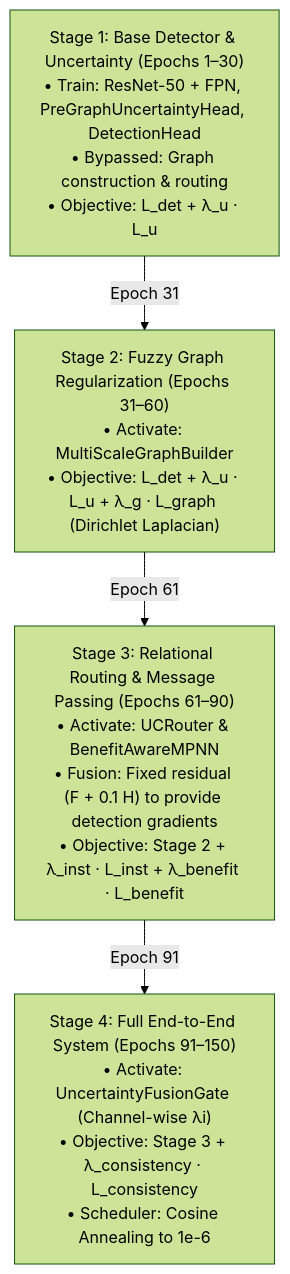
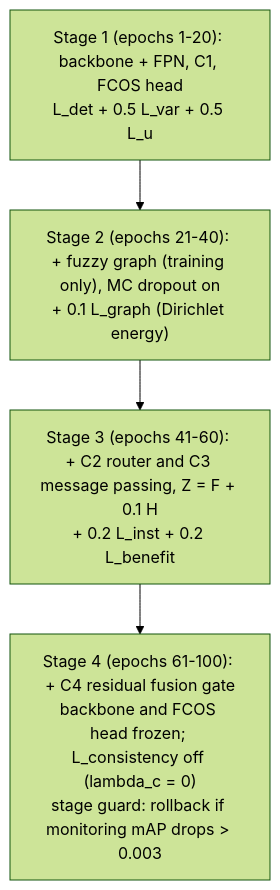
The third of 3 diagrams in README.md (rahulmahasetha/UCR-MFG--Advance-Object-Detection), drawn with Mermaid (forest theme) before and after one commit. The commit also changed other lines of this file and 29 other files, not shown here.

First line of the commit message:
refactor: streamline for VisDrone and UAVDT, add notebooks and architecture generator

````diff
--- a/README.md
+++ b/README.md
@@ -136,11 +89,8 @@
 ```mermaid
 flowchart TD
-    S1["Stage 1: Base Detector & Uncertainty (Epochs 1–30)\n• Train: ResNet-50 + FPN, PreGraphUncertaintyHead, DetectionHead\n• Bypassed: Graph construction & routing\n• Objective: L_det + λ_u · L_u"]
-    S2["Stage 2: Fuzzy Graph Regularization (Epochs 31–60)\n• Activate: MultiScaleGraphBuilder\n• Objective: L_det + λ_u · L_u + λ_g · L_graph (Dirichlet Laplacian)"]
-    S3["Stage 3: Relational Routing & Message Passing (Epochs 61–90)\n• Activate: UCRouter & BenefitAwareMPNN\n• Fusion: Fixed residual (F + 0.1 H) to provide detection gradients\n• Objective: Stage 2 + λ_inst · L_inst + λ_benefit · L_benefit"]
-    S4["Stage 4: Full End-to-End System (Epochs 91–150)\n• Activate: UncertaintyFusionGate (Channel-wise λi)\n• Objective: Stage 3 + λ_consistency · L_consistency\n• Scheduler: Cosine Annealing to 1e-6"]
-
-    S1 -->|Epoch 31| S2
-    S2 -->|Epoch 61| S3
-    S3 -->|Epoch 91| S4
+    S1["Stage 1 (epochs 1-20): backbone + FPN, C1, FCOS head<br/>L_det + 0.5 L_var + 0.5 L_u"]
+    S2["Stage 2 (epochs 21-40): + fuzzy graph (training only), MC dropout on<br/>+ 0.1 L_graph (Dirichlet energy)"]
+    S3["Stage 3 (epochs 41-60): + C2 router and C3 message passing, Z = F + 0.1 H<br/>+ 0.2 L_inst + 0.2 L_benefit"]
+    S4["Stage 4 (epochs 61-100): + C4 residual fusion gate<br/>backbone and FCOS head frozen; L_consistency off (lambda_c = 0)<br/>stage guard: rollback if monitoring mAP drops > 0.003"]
+    S1 --> S2 --> S3 --> S4
 ```
````
